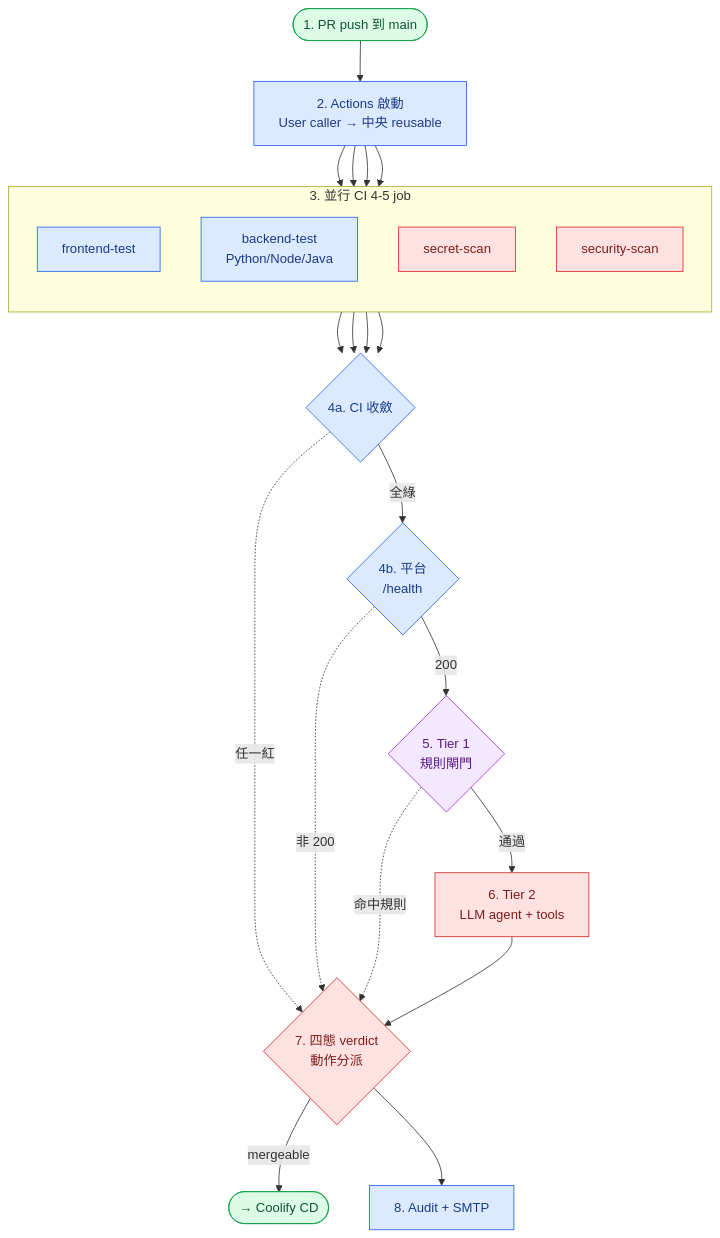
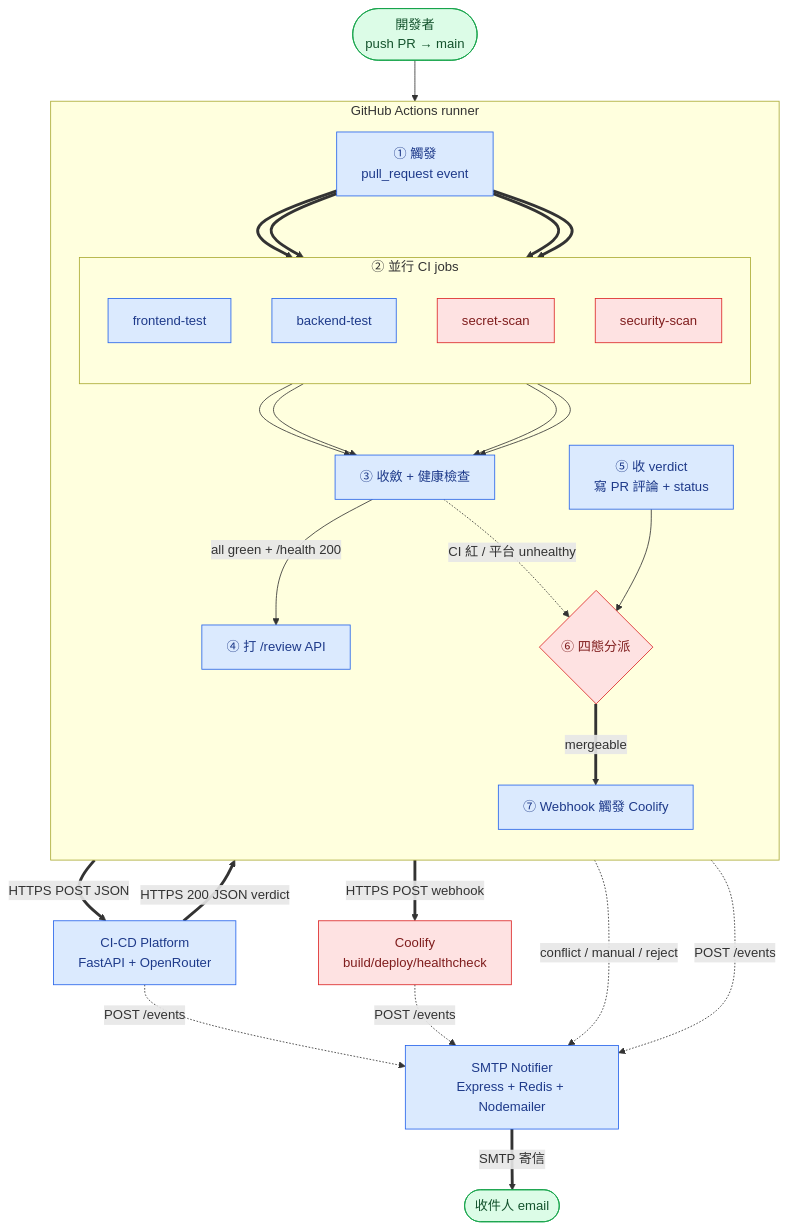
One commit to Jiaye-DF/AI-Spec changed the first of 2 diagrams in Architecture/Auto-CI-CD/workflow-v1.1/process-design-v1.1.md. Above: the diagram before and after it, drawn with Mermaid. The commit also changed other lines of this file and 3 other files, not shown here.

First line of the commit message:
(AI) Docs: process-design-v1.1 重寫為 step-by-step + Input/Output 焦點版,命名統一 Agent Platform → CI-CD Platform

````diff
--- a/Architecture/Auto-CI-CD/workflow-v1.1/process-design-v1.1.md
+++ b/Architecture/Auto-CI-CD/workflow-v1.1/process-design-v1.1.md
@@ -9,36 +14,48 @@
 ```mermaid
 %%{init: {'flowchart': {'htmlLabels': true, 'curve': 'basis'}} }%%
 flowchart TB
-  Dev([1. PR push 到 main]):::user
-  GHA[2. Actions 啟動<br>User caller → 中央 reusable]:::it
-  subgraph CI[3. 並行 CI 4-5 job]
+  Dev([開發者<br>push PR → main]):::user
+
+  subgraph GHA[GitHub Actions runner]
     direction TB
-    JF[frontend-test]:::it
-    JBP[backend-test<br>Python/Node/Java]:::it
-    JSS[secret-scan]:::critical
-    JSC[security-scan]:::critical
+    S1[① 觸發<br>pull_request event]:::it
+    subgraph CI[② 並行 CI jobs]
+      direction TB
+      JF[frontend-test]:::it
+      JB[backend-test]:::it
+      JS[secret-scan]:::critical
+      JSC[security-scan]:::critical
+    end
+    S3[③ 收斂 + 健康檢查]:::it
+    S4[④ 打 /review API]:::it
+    S5[⑤ 收 verdict<br>寫 PR 評論 + status]:::it
+    S6{⑥ 四態分派}:::critical
+    S7[⑦ Webhook 觸發 Coolify]:::it
   end
-  Fanin{4a. CI 收斂}:::it
-  Health{4b. 平台<br>/health}:::it
-  T1{5. Tier 1<br>規則閘門}:::shared
-  T2[6. Tier 2<br>LLM agent + tools]:::critical
-  V{7. 四態 verdict<br>動作分派}:::critical
-  Audit[8. Audit + SMTP]:::it
-  CD([→ Coolify CD]):::user
 
-  Dev --> GHA --> JF & JBP & JSS & JSC --> Fanin
-  Fanin -->|全綠| Health
-  Fanin -.任一紅.-> V
-  Health -->|200| T1
-  Health -.非 200.-> V
-  T1 -->|通過| T2
-  T1 -.命中規則.-> V
-  T2 --> V
-  V -->|mergeable| CD
-  V --> Audit
+  AP[CI-CD Platform<br>FastAPI + OpenRouter]:::it
+  CF[Coolify<br>build/deploy/healthcheck]:::critical
+  NF[SMTP Notifier<br>Express + Redis + Nodemailer]:::it
+  HM([收件人 email]):::user
+
+  Dev --> S1
+  S1 ==> JF & JB & JS & JSC
+  JF & JB & JS & JSC --> S3
+  S3 -->|all green + /health 200| S4
+  S3 -.CI 紅 / 平台 unhealthy.-> S6
+  S4 ==>|HTTPS POST JSON| AP
+  AP ==>|HTTPS 200 JSON verdict| S5
+  S5 --> S6
+  S6 ==>|mergeable| S7
+  S6 -.conflict / manual / reject.-> NF
+  S7 ==>|HTTPS POST webhook| CF
+
+  AP -.->|POST /events| NF
+  CF -.->|POST /events| NF
+  S7 -.->|POST /events| NF
+  NF ==>|SMTP 寄信| HM
 
   classDef user fill:#dcfce7,stroke:#16a34a,color:#14532d
   classDef it fill:#dbeafe,stroke:#2563eb,color:#1e3a8a
-  classDef shared fill:#f3e8ff,stroke:#9333ea,color:#581c87
   classDef critical fill:#fee2e2,stroke:#dc2626,color:#7f1d1d
 ```
````
